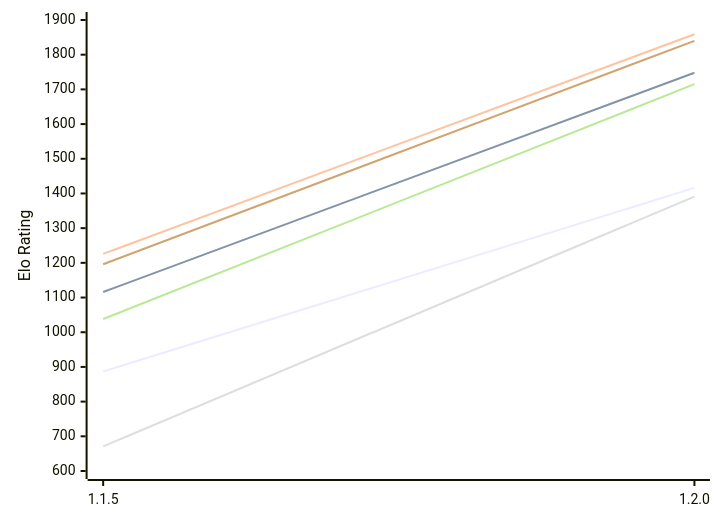
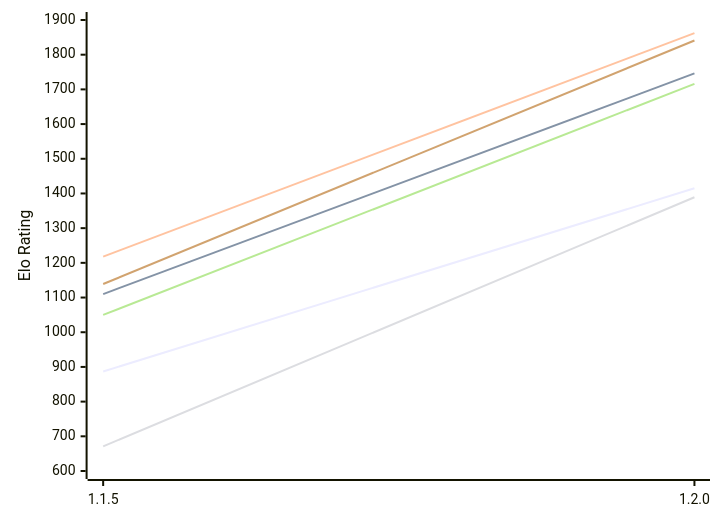
Before and after one commit to computer-chess-index/cci: the first of 2 diagrams in engines/ChessCore.md, drawn with Mermaid. The commit also changed other lines of this file, not shown here.

Commit message:
Update CCI Ratings (ELO VLTC) - 2026-11-16

````diff
--- a/engines/ChessCore.md
+++ b/engines/ChessCore.md
@@ -53,12 +53,12 @@
 ```mermaid
 %%{init: {"theme":"base","themeVariables":{"seriesColors:['#a3a3a3','#222221','#faa371']}}}%%
 xychart-beta
   x-axis ["1.1.5", "1.2.0"]
   y-axis "Elo Rating" 600 --> 1900
-  line "E1: STC (8.0+0.08s)" [887, 1416]
-  line "E1: LTC (60.0+0.60s)" [1116, 1748]
-  line "E1: VLTC (2m24s+1.12s)" [1226, 1859]
-  line "P1: STC (8.0+0.08s)" [671, 1391]
-  line "P1: LTC (60.0+0.60s)" [1038, 1715]
-  line "P1: VLTC (2m24s+1.12s)" [1196, 1840]
+  line "E1: STC (8.0+0.08s)" [887, 1415]
+  line "E1: LTC (60.0+0.60s)" [1110, 1746]
+  line "E1: VLTC (2m24s+1.12s)" [1218, 1862]
+  line "P1: STC (8.0+0.08s)" [671, 1389]
+  line "P1: LTC (60.0+0.60s)" [1050, 1716]
+  line "P1: VLTC (2m24s+1.12s)" [1139, 1841]
 ```
````
